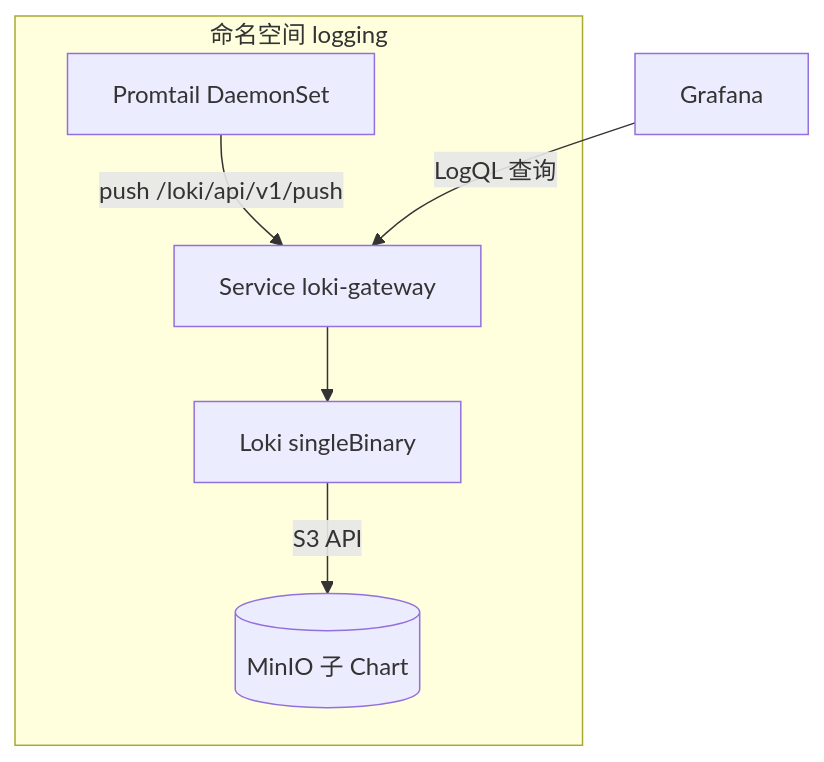
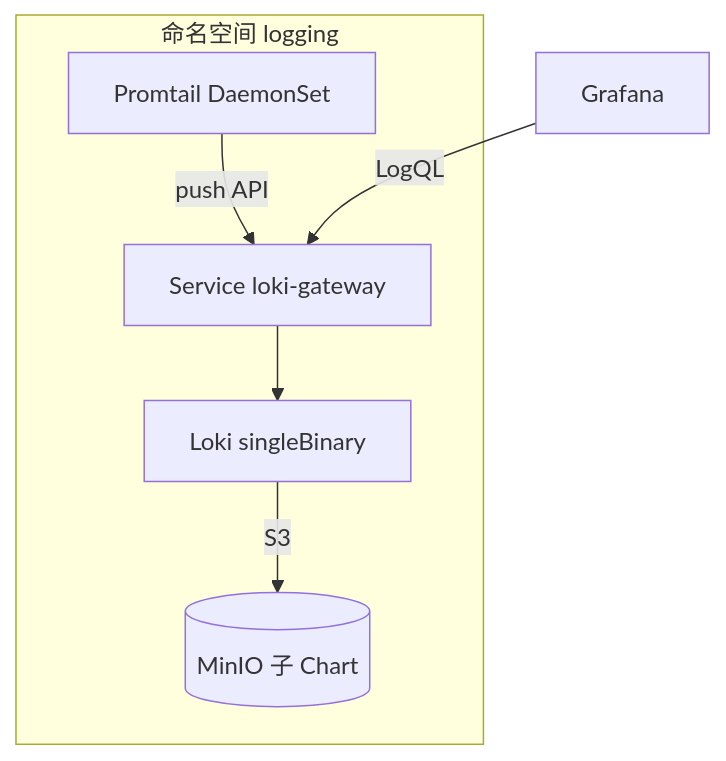
One commit to brinnatt/kubeauto changed diagram 12 of 19 in docs/efk/EFK.md. Above: the diagram before and after it, drawn with Mermaid. The commit also changed other lines of this file, not shown here.

````diff
--- a/docs/efk/EFK.md
+++ b/docs/efk/EFK.md
@@ -926,13 +927,13 @@
 ```mermaid
 flowchart TB
   subgraph logging["命名空间 logging"]
     PT[Promtail DaemonSet]
     GW["Service loki-gateway"]
     SB[Loki singleBinary]
     MI[(MinIO 子 Chart)]
-    PT -->|push /loki/api/v1/push| GW
+    PT -->|push API| GW
     GW --> SB
-    SB -->|S3 API| MI
+    SB -->|S3| MI
   end
-  GR[Grafana] -->|LogQL 查询| GW
+  GR[Grafana] -->|LogQL| GW
 ```
````
